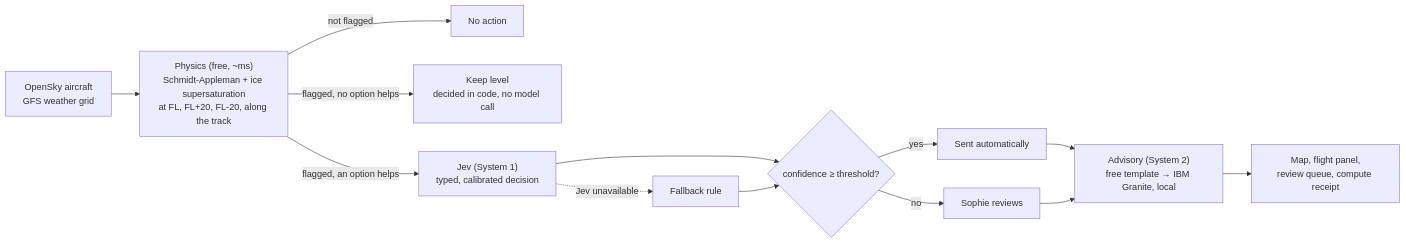
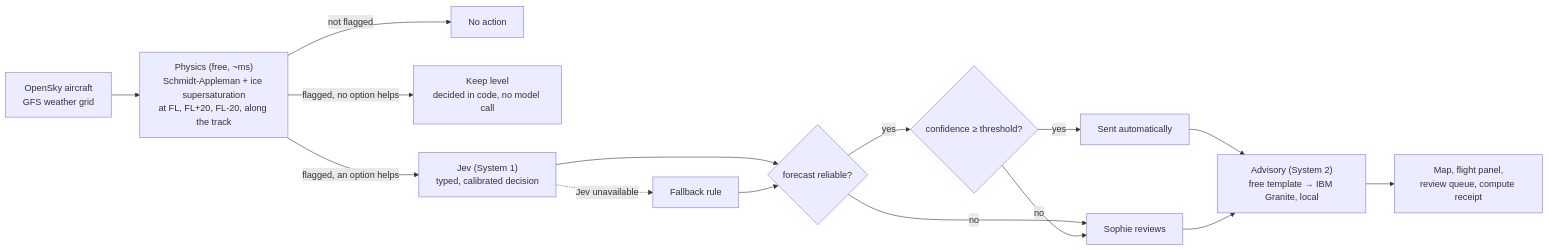
One commit to hediamara1208-commits/TrailSense changed the diagram in README.md. Above: the diagram before and after it, drawn with Mermaid. The commit also changed other lines of this file and 7 other files, not shown here.

````diff
--- a/README.md
+++ b/README.md
@@ -28,15 +28,17 @@
 ```mermaid
 flowchart LR
     A[OpenSky aircraft<br/>GFS weather grid] --> B["Physics (free, ~ms)<br/>Schmidt-Appleman + ice supersaturation<br/>at FL, FL+20, FL-20, along the track"]
     B -->|not flagged| Z[No action]
     B -->|flagged, no option helps| M[Keep level<br/>decided in code, no model call]
     B -->|flagged, an option helps| J["Jev (System 1)<br/>typed, calibrated decision"]
     J -.->|Jev unavailable| R[Fallback rule]
-    J --> T{confidence ≥ threshold?}
-    R --> T
+    J --> G{forecast reliable?}
+    R --> G
+    G -->|no| HUM
+    G -->|yes| T{confidence ≥ threshold?}
     T -->|yes| AUTO[Sent automatically]
     T -->|no| HUM[Sophie reviews]
     AUTO --> W["Advisory (System 2)<br/>free template → IBM Granite, local"]
     HUM --> W
     W --> UI[Map, flight panel,<br/>review queue, compute receipt]
 ```
````
